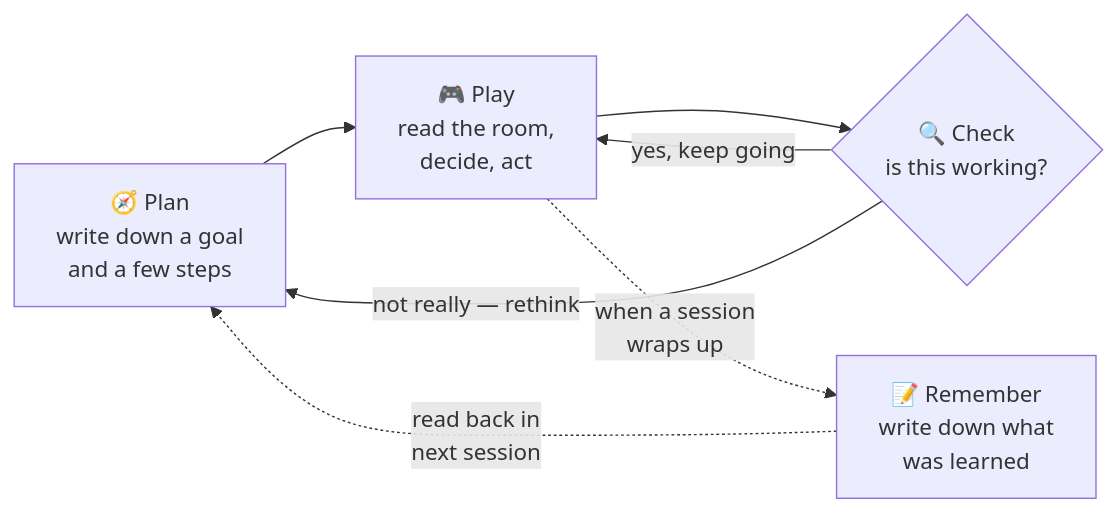
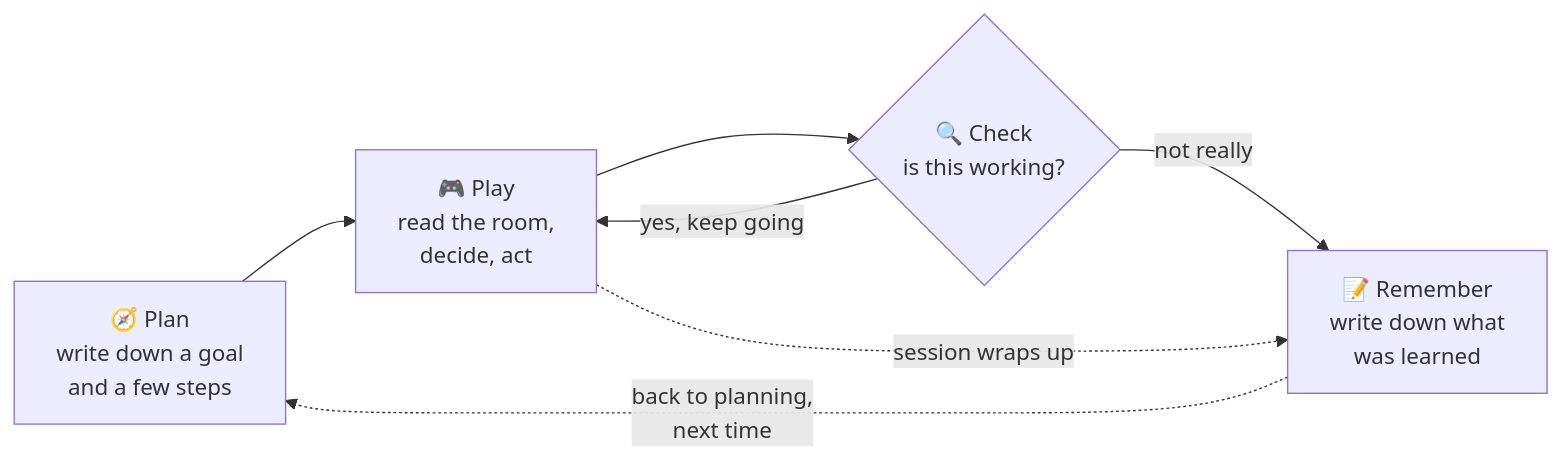
Before and after one commit to asuleman-cyber/claude-code-camp-2026-Q2: the first of 2 diagrams in README.md, drawn with Mermaid.

Commit message:
Reconcile plain-language diagram with its own Remember bullet
Round-2 review pass caught that the diagram only drew one path into
"Remember" (session wrap-up) while the bullet directly below it named
two ("wraps up, or the plan changes"). Routed Check's "not really"
branch through Remember before looping back to Plan, instead of
straight back to Plan — which also better matches orchestrator.rb's
real order (flush_memory! happens before replanning, not after).

````diff
--- a/README.md
+++ b/README.md
@@ -35,9 +35,9 @@
 ```mermaid
 flowchart LR
     A["🧭 Plan<br/>write down a goal<br/>and a few steps"] --> B["🎮 Play<br/>read the room,<br/>decide, act"]
     B --> C{"🔍 Check<br/>is this working?"}
     C -->|"yes, keep going"| B
-    C -->|"not really — rethink"| A
-    B -.->|"when a session<br/>wraps up"| D["📝 Remember<br/>write down what<br/>was learned"]
-    D -.->|"read back in<br/>next session"| A
+    C -->|"not really"| D
+    B -.->|"session wraps up"| D["📝 Remember<br/>write down what<br/>was learned"]
+    D -.->|"back to planning,<br/>next time"| A
 ```
````
